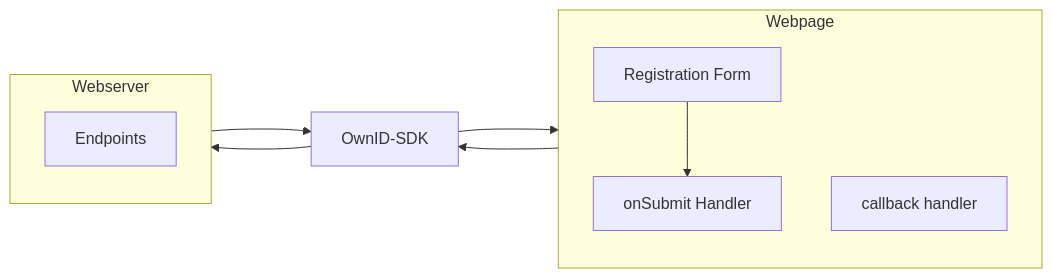
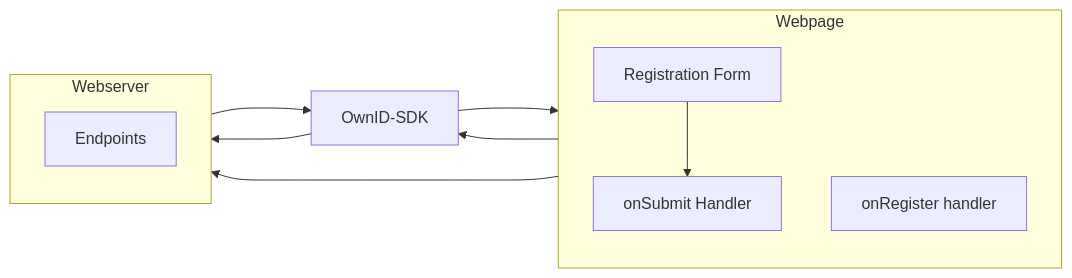
Before and after one commit to fearmonkey/docs: the diagram in building-blocks/build-registration.mdx, drawn with Mermaid. The commit also changed 2 other files, not shown here.

Commit message:
Documentation edits made through Mintlify web editor

````diff
--- a/building-blocks/build-registration.mdx
+++ b/building-blocks/build-registration.mdx
@@ -8,21 +8,25 @@
 ```mermaid
   flowchart LR
     subgraph Webpage
         direction TB
         top1[Registration Form] --> bottom1[onSubmit Handler]
-        bottom3[callback handler]
+        bottom3[onRegister handler]
     end
     subgraph Webserver
         direction TB
         top2[Endpoints] 
     end
     %% ^ These subgraphs are identical, except for the links to them:
 
     %% Link *to* subgraph1: subgraph1 direction is maintained
-    bottom1 --> OwnID-SDK 
+    bottom1 --> Webserver 
     %% Link *within* subgraph2:
     %% subgraph2 inherits the direction of the top-level graph (LR)
     OwnID-SDK ---> top2
     top2 ---> OwnID-SDK
     OwnID-SDK ---> bottom3
+    bottom3 ---> OwnID-SDK
+    
+    
+
 ```
````
